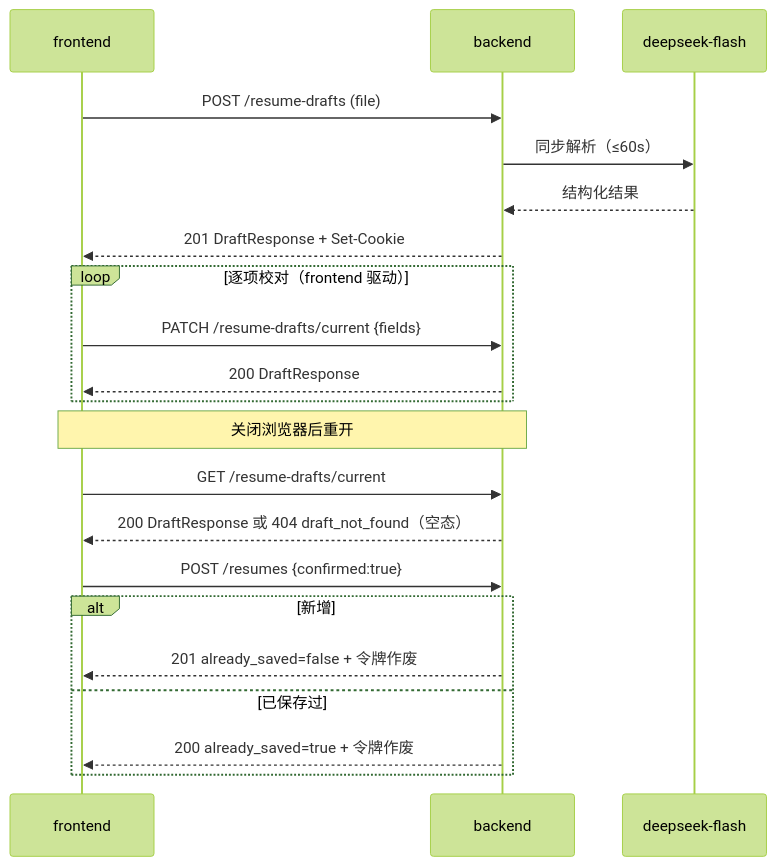
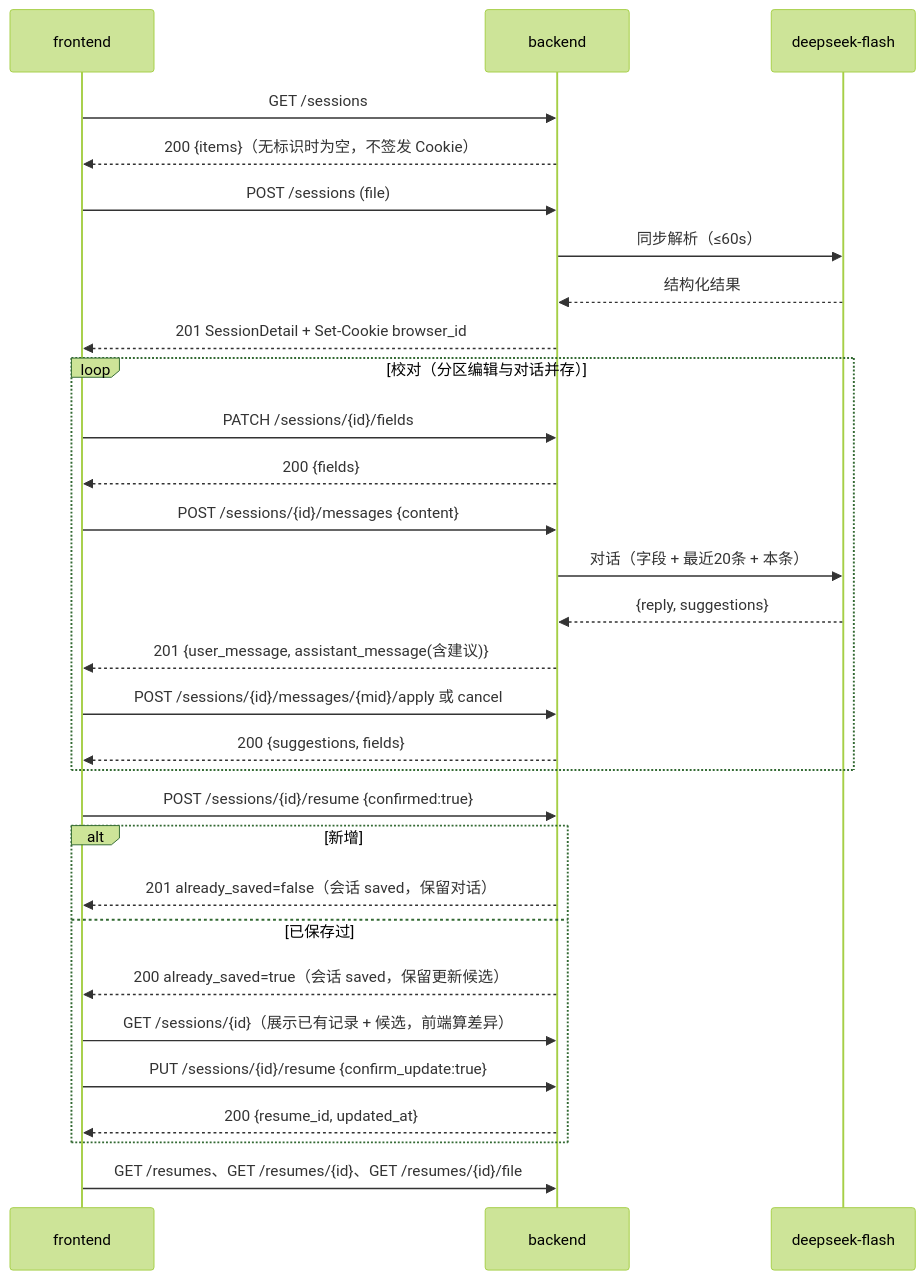
One commit to Bohamnan/Loopforge-use-demo changed the diagram in backend-docs/HR_PR-1/03_api/api_design_resume.md. Above: the diagram before and after it, drawn with Mermaid (forest theme). The commit also changed other lines of this file and 2 other files, not shown here.

Commit message:
docs(HR_PR-1): v2 Schema 与接口设计（OpenAPI 0.2.0 草稿）

````diff
--- a/backend-docs/HR_PR-1/03_api/api_design_resume.md
+++ b/backend-docs/HR_PR-1/03_api/api_design_resume.md
@@ -224,23 +167,32 @@
 ```mermaid
 sequenceDiagram
     participant FE as frontend
     participant BE as backend
     participant M as deepseek-flash
-    FE->>BE: POST /resume-drafts (file)
+    FE->>BE: GET /sessions
+    BE-->>FE: 200 {items}（无标识时为空，不签发 Cookie）
+    FE->>BE: POST /sessions (file)
     BE->>M: 同步解析（≤60s）
     M-->>BE: 结构化结果
-    BE-->>FE: 201 DraftResponse + Set-Cookie
-    loop 逐项校对（frontend 驱动）
-        FE->>BE: PATCH /resume-drafts/current {fields}
-        BE-->>FE: 200 DraftResponse
+    BE-->>FE: 201 SessionDetail + Set-Cookie browser_id
+    loop 校对（分区编辑与对话并存）
+        FE->>BE: PATCH /sessions/{id}/fields
+        BE-->>FE: 200 {fields}
+        FE->>BE: POST /sessions/{id}/messages {content}
+        BE->>M: 对话（字段 + 最近20条 + 本条）
+        M-->>BE: {reply, suggestions}
+        BE-->>FE: 201 {user_message, assistant_message(含建议)}
+        FE->>BE: POST /sessions/{id}/messages/{mid}/apply 或 cancel
+        BE-->>FE: 200 {suggestions, fields}
     end
-    Note over FE,BE: 关闭浏览器后重开
-    FE->>BE: GET /resume-drafts/current
-    BE-->>FE: 200 DraftResponse 或 404 draft_not_found（空态）
-    FE->>BE: POST /resumes {confirmed:true}
+    FE->>BE: POST /sessions/{id}/resume {confirmed:true}
     alt 新增
-        BE-->>FE: 201 already_saved=false + 令牌作废
+        BE-->>FE: 201 already_saved=false（会话 saved，保留对话）
     else 已保存过
-        BE-->>FE: 200 already_saved=true + 令牌作废
+        BE-->>FE: 200 already_saved=true（会话 saved，保留更新候选）
+        FE->>BE: GET /sessions/{id}（展示已有记录 + 候选，前端算差异）
+        FE->>BE: PUT /sessions/{id}/resume {confirm_update:true}
+        BE-->>FE: 200 {resume_id, updated_at}
     end
+    FE->>BE: GET /resumes、GET /resumes/{id}、GET /resumes/{id}/file
 ```
````
